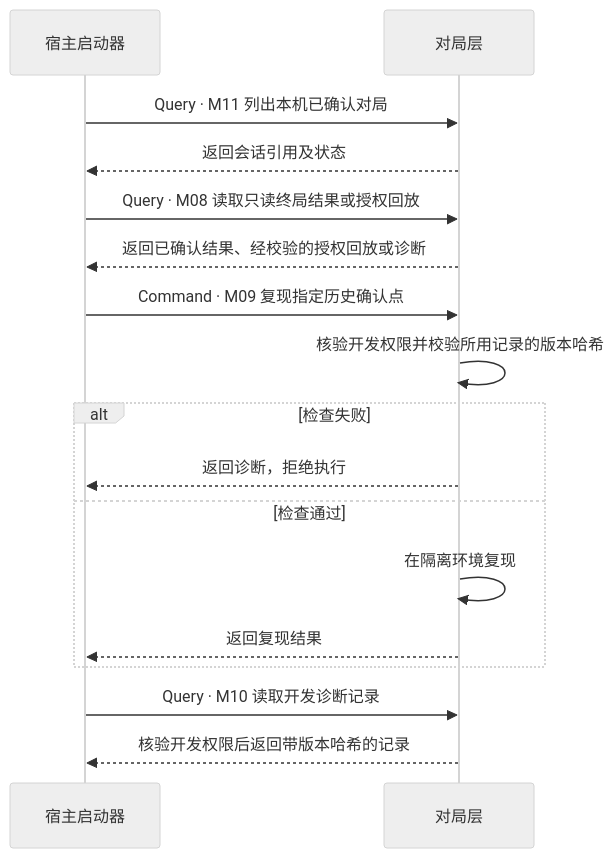
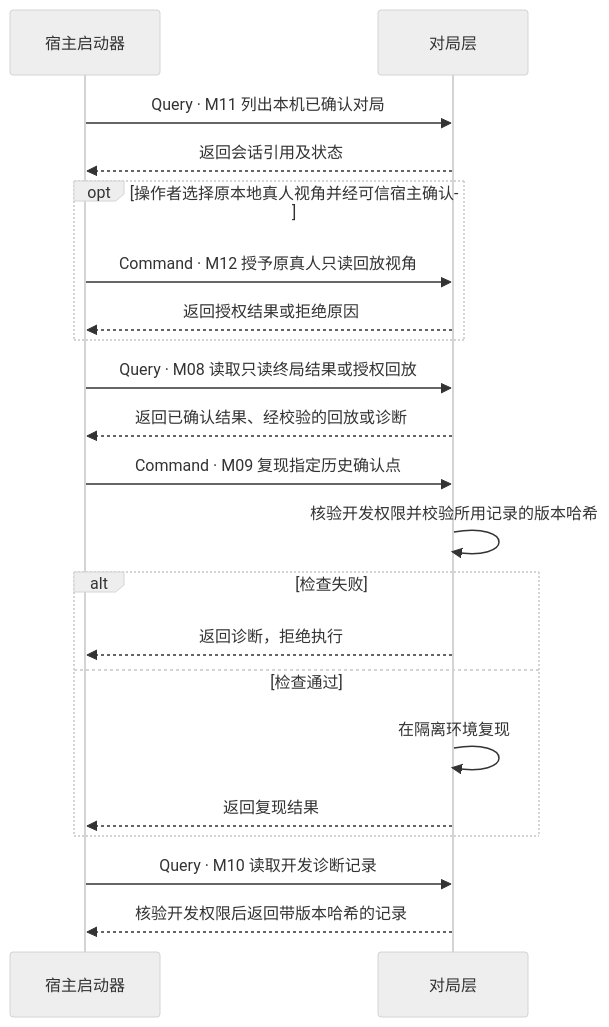
One commit to jigejiqiangshou/Critical-Provisional changed diagram 12 of 12 in specs/001-offline-game-refactor/contracts/scenario-sequences.md. Above: the diagram before and after it, drawn with Mermaid (neutral theme). The commit also changed other lines of this file and 9 other files, not shown here.

````diff
--- a/specs/001-offline-game-refactor/contracts/scenario-sequences.md
+++ b/specs/001-offline-game-refactor/contracts/scenario-sequences.md
@@ -438,19 +468,23 @@
 ```mermaid
 sequenceDiagram
     participant L as 宿主启动器
     participant G as 对局层
     L->>G: Query · M11 列出本机已确认对局
     G-->>L: 返回会话引用及状态
+    opt 操作者选择原本地真人视角并经可信宿主确认
+        L->>G: Command · M12 授予原真人只读回放视角
+        G-->>L: 返回授权结果或拒绝原因
+    end
     L->>G: Query · M08 读取只读终局结果或授权回放
-    G-->>L: 返回已确认结果、经校验的授权回放或诊断
+    G-->>L: 返回已确认结果、经校验的回放或诊断
     L->>G: Command · M09 复现指定历史确认点
     G->>G: 核验开发权限并校验所用记录的版本哈希
     alt 检查失败
         G-->>L: 返回诊断，拒绝执行
     else 检查通过
         G->>G: 在隔离环境复现
         G-->>L: 返回复现结果
     end
     L->>G: Query · M10 读取开发诊断记录
     G-->>L: 核验开发权限后返回带版本哈希的记录
 ```
````
